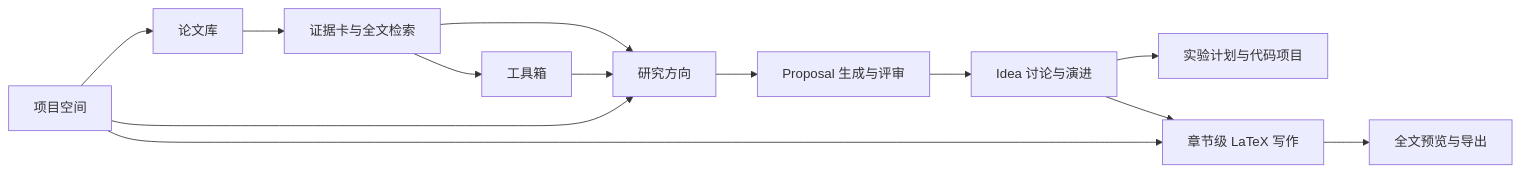
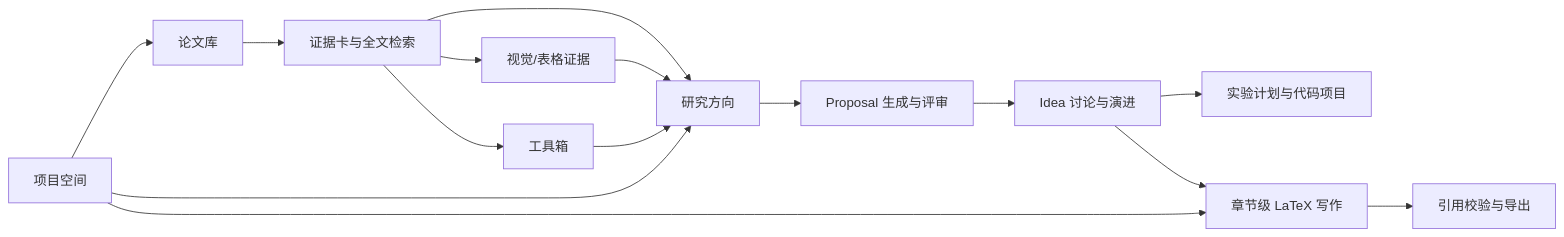
One commit to Gsssst/AstraLoom changed the first of 2 diagrams in introduction.md. Above: the diagram before and after it, drawn with Mermaid. The commit also changed other lines of this file and 5 other files, not shown here.

````diff
--- a/introduction.md
+++ b/introduction.md
@@ -17,15 +18,17 @@
 ```mermaid
 flowchart LR
     A[论文库] --> B[证据卡与全文检索]
-    B --> C[工具箱]
-    B --> D[研究方向]
-    C --> D
-    D --> E[Proposal 生成与评审]
-    E --> F[Idea 讨论与演进]
-    F --> G[实验计划与代码项目]
-    F --> H[章节级 LaTeX 写作]
-    H --> I[全文预览与导出]
+    B --> C[视觉/表格证据]
+    B --> D[工具箱]
+    B --> E[研究方向]
+    C --> E
+    D --> E
+    E --> F[Proposal 生成与评审]
+    F --> G[Idea 讨论与演进]
+    G --> H[实验计划与代码项目]
+    G --> I[章节级 LaTeX 写作]
+    I --> K[引用校验与导出]
     J[项目空间] --> A
-    J --> D
-    J --> H
+    J --> E
+    J --> I
 ```
````
